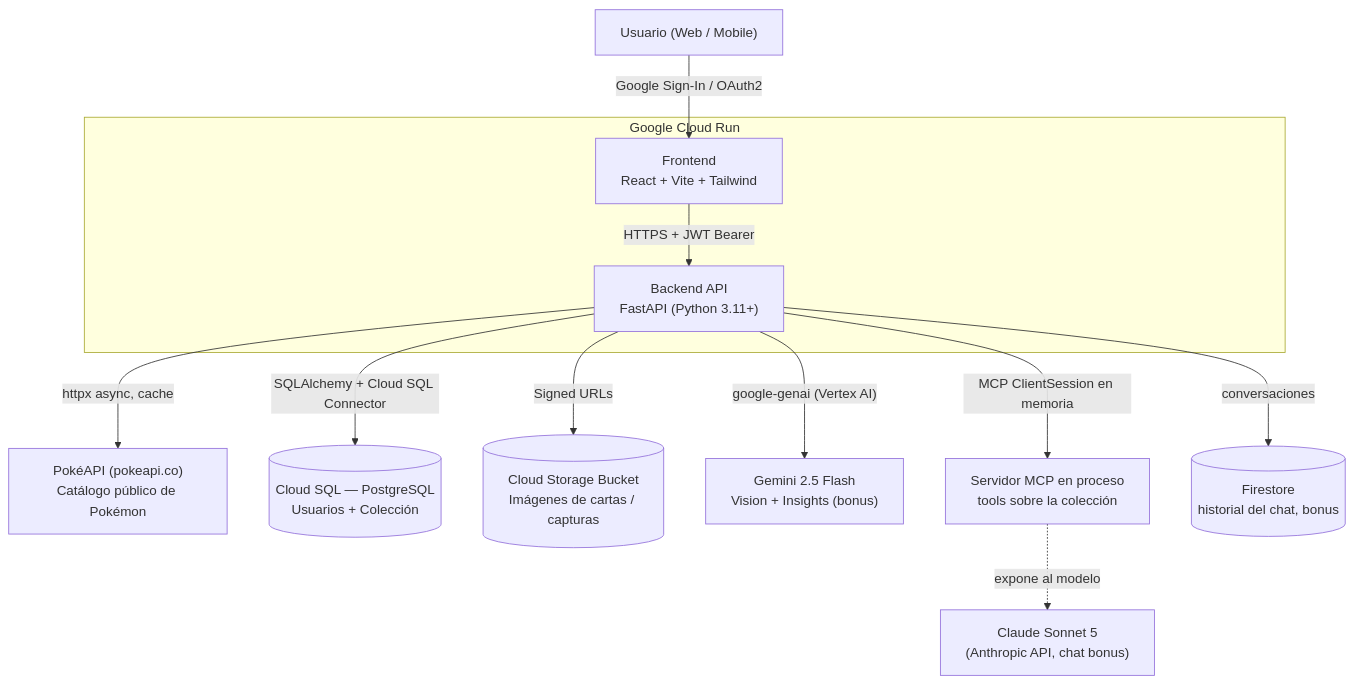
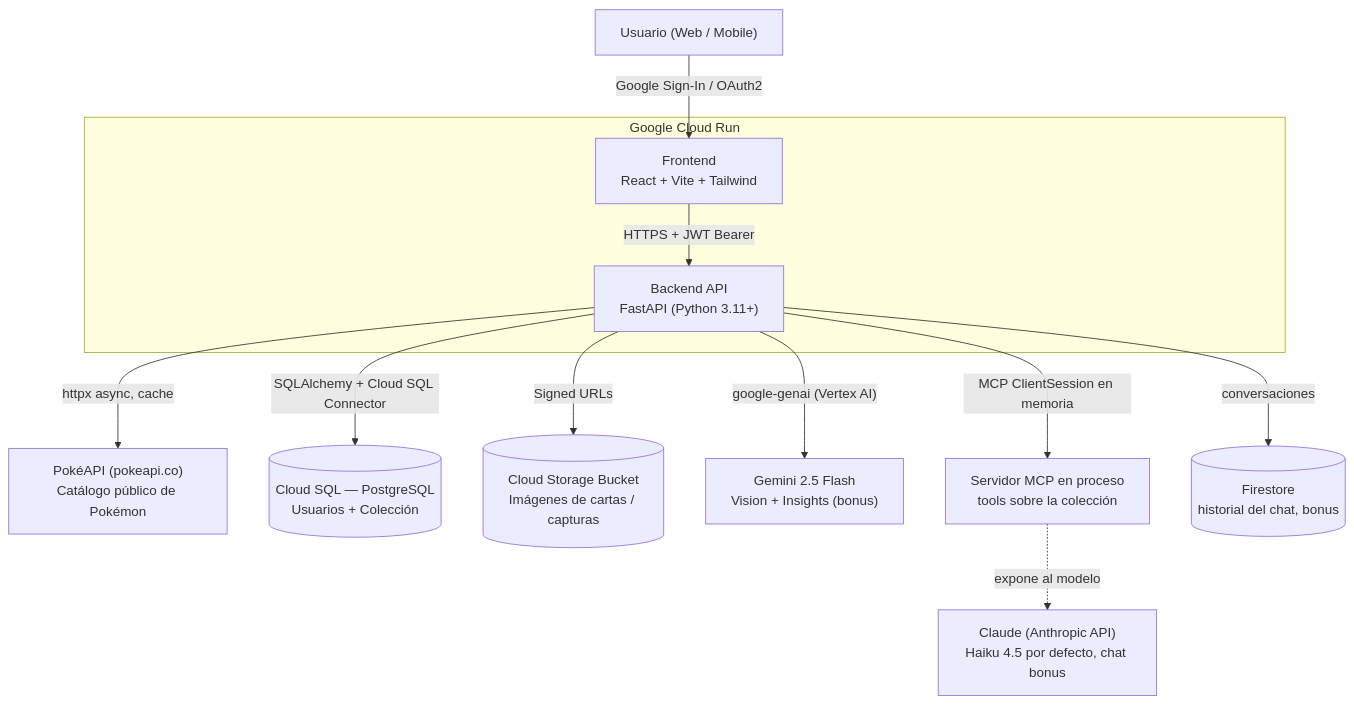
The first of 2 diagrams in docs/ARCHITECTURE.md (Adr1an-Garc1a/pokedex-manager), drawn with Mermaid before and after one commit. The commit also changed other lines of this file and 10 other files, not shown here.

````diff
--- a/docs/ARCHITECTURE.md
+++ b/docs/ARCHITECTURE.md
@@ -11,18 +11,18 @@
 ```mermaid
 flowchart TD
     U["Usuario (Web / Mobile)"] -->|Google Sign-In / OAuth2| FE
 
     subgraph CloudRun["Google Cloud Run"]
         FE["Frontend<br/>React + Vite + Tailwind"]
         BE["Backend API<br/>FastAPI (Python 3.11+)"]
     end
 
     FE -->|HTTPS + JWT Bearer| BE
     BE -->|httpx async, cache| PA["PokéAPI (pokeapi.co)<br/>Catálogo público de Pokémon"]
     BE -->|SQLAlchemy + Cloud SQL Connector| DB[("Cloud SQL — PostgreSQL<br/>Usuarios + Colección")]
     BE -->|Signed URLs| GCS[("Cloud Storage Bucket<br/>Imágenes de cartas / capturas")]
     BE -->|"google-genai (Vertex AI)"| VX["Gemini 2.5 Flash<br/>Vision + Insights (bonus)"]
     BE -->|"MCP ClientSession en memoria"| MCP["Servidor MCP en proceso<br/>tools sobre la colección"]
-    MCP -.->|expone al modelo| CL["Claude Sonnet 5<br/>(Anthropic API, chat bonus)"]
+    MCP -.->|expone al modelo| CL["Claude (Anthropic API)<br/>Haiku 4.5 por defecto, chat bonus"]
     BE -->|conversaciones| FS[("Firestore<br/>historial del chat, bonus")]
 ```
````
